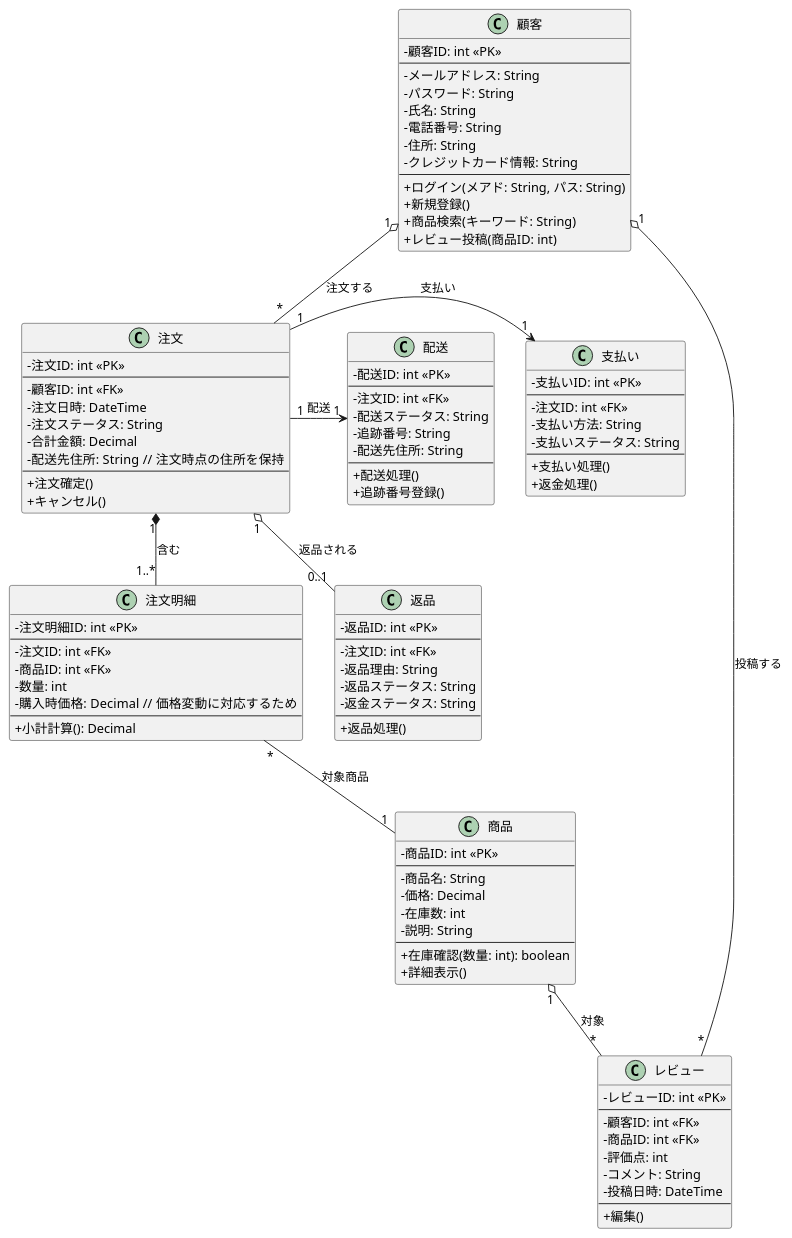
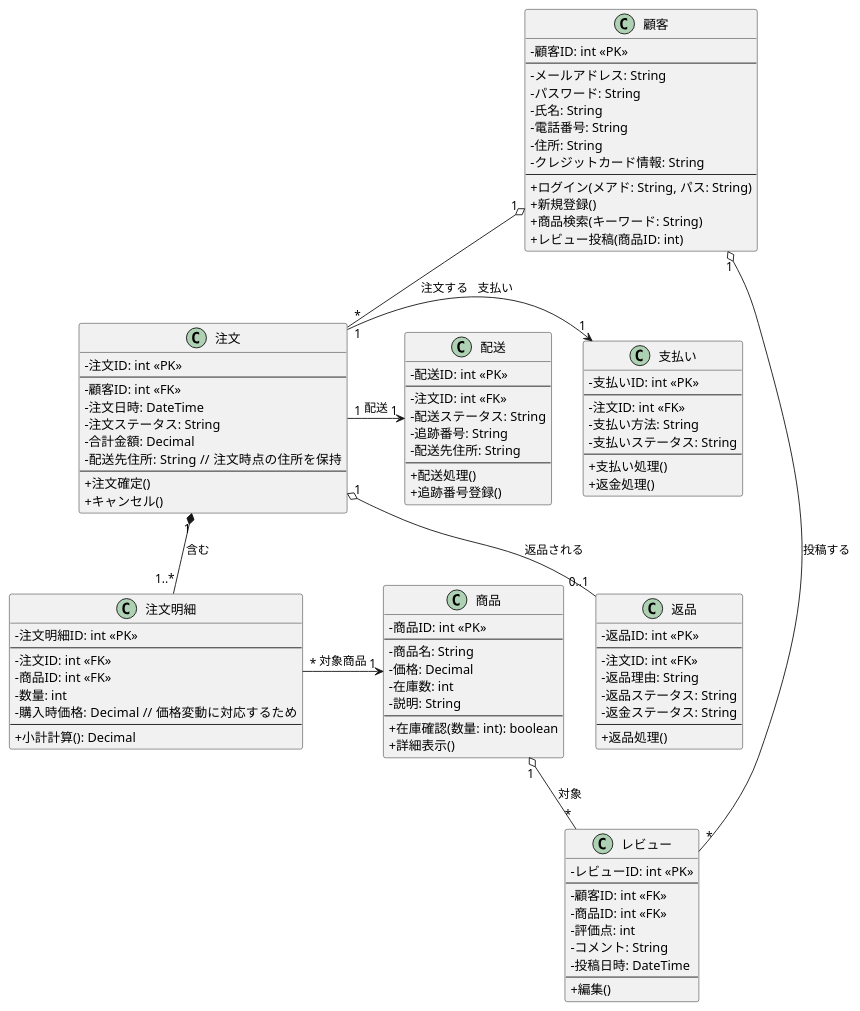
The diagram in class.pu (mameiku/group3-4), drawn with PlantUML before and after one commit.

Commit message:
小調整

```diff
--- a/class.pu
+++ b/class.pu
@@ -1,133 +1,133 @@
-@startuml .
+@startuml Bag_systemドメインモデル図
 skinparam handwritten false
 skinparam classAttributeIconSize 0
 
 class 顧客 {
     - 顧客ID: int <<PK>>
     --
     - メールアドレス: String
     - パスワード: String
     - 氏名: String
     - 電話番号: String
     - 住所: String
     - クレジットカード情報: String
     --
     + ログイン(メアド: String, パス: String)
     + 新規登録()
     + 商品検索(キーワード: String)
     + レビュー投稿(商品ID: int)
 }
 
 class 商品 {
     - 商品ID: int <<PK>>
     --
     - 商品名: String
     - 価格: Decimal
     - 在庫数: int
     - 説明: String
     --
     + 在庫確認(数量: int): boolean
     + 詳細表示()
 }
 
 class 注文 {
     - 注文ID: int <<PK>>
     --
     - 顧客ID: int <<FK>>
     - 注文日時: DateTime
     - 注文ステータス: String
     - 合計金額: Decimal
     - 配送先住所: String  // 注文時点の住所を保持
     --
     + 注文確定()
     + キャンセル()
 }
 
 class 注文明細 {
     - 注文明細ID: int <<PK>>
     --
     - 注文ID: int <<FK>>
     - 商品ID: int <<FK>>
     - 数量: int
     - 購入時価格: Decimal  // 価格変動に対応するため
     --
     + 小計計算(): Decimal
 }
 
 class レビュー {
     - レビューID: int <<PK>>
     --
     - 顧客ID: int <<FK>>
     - 商品ID: int <<FK>>
     - 評価点: int
     - コメント: String
     - 投稿日時: DateTime
     --
     + 編集()
 }
 
 class 支払い {
     - 支払いID: int <<PK>>
     --
     - 注文ID: int <<FK>>
     - 支払い方法: String
     - 支払いステータス: String
     --
     + 支払い処理()
     + 返金処理()
 }
 
 class 配送 {
     - 配送ID: int <<PK>>
     --
     - 注文ID: int <<FK>>
     - 配送ステータス: String
     - 追跡番号: String
     - 配送先住所: String
     --
     + 配送処理()
     + 追跡番号登録()
 }
 
 class 返品 {
     - 返品ID: int <<PK>>
     --
     - 注文ID: int <<FK>>
     - 返品理由: String
     - 返品ステータス: String
     - 返金ステータス: String
     --
     + 返品処理()
 }
 
 ' ====================================================================
 ' 関連定義 (Associations)
 ' ====================================================================
 
 ' 顧客 - 注文 
 顧客 "1" o-- "*" 注文 : 注文する
 
 ' 注文 - 注文明細 (注文は複数の明細を持つ)
 注文 "1" *-- "1..*" 注文明細 : 含む
 
-' 注文明細 - 商品
-注文明細 "*" -- "1" 商品 : 対象商品
+' ********** 修正箇所 **********
+' 注文明細 -> 商品 (注文明細から商品を参照する一方向)
+注文明細 "*" -> "1" 商品 : 対象商品
+' ******************************
 
 ' 顧客 - レビュー
 顧客 "1" o-- "*" レビュー : 投稿する
 
 ' 商品 - レビュー
 商品 "1" o-- "*" レビュー : 対象
 
-' ********** 修正箇所 **********
-' 注文 -> 支払い (注文から支払い情報を参照/操作)
+' 注文 -> 支払い
 注文 "1" -> "1" 支払い : 支払い
 
-' 注文 -> 配送 (注文から配送情報を参照/操作)
+' 注文 -> 配送
 注文 "1" -> "1" 配送 : 配送
-' ******************************
 
 ' 注文 - 返品
 注文 "1" o-- "0..1" 返品 : 返品される
 
 @enduml
```
